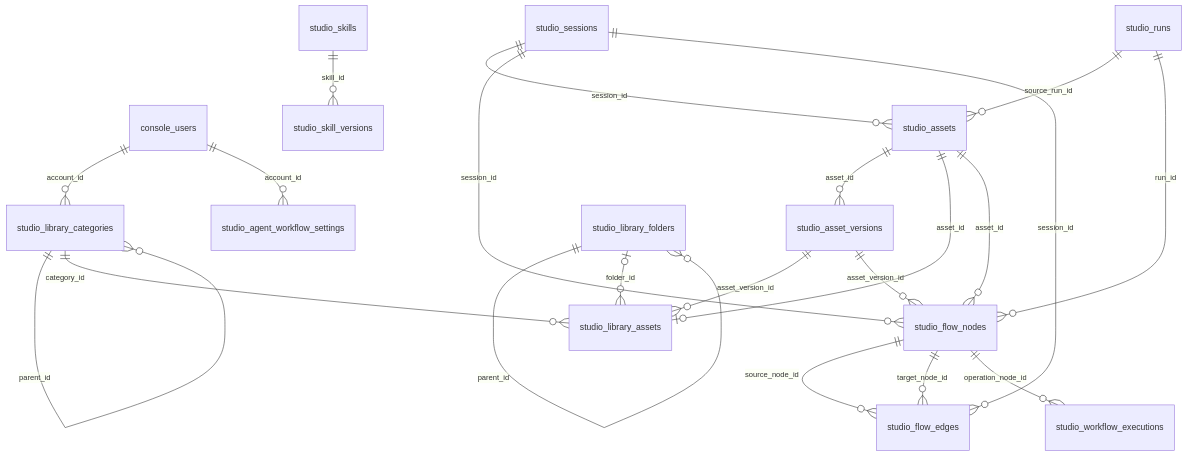
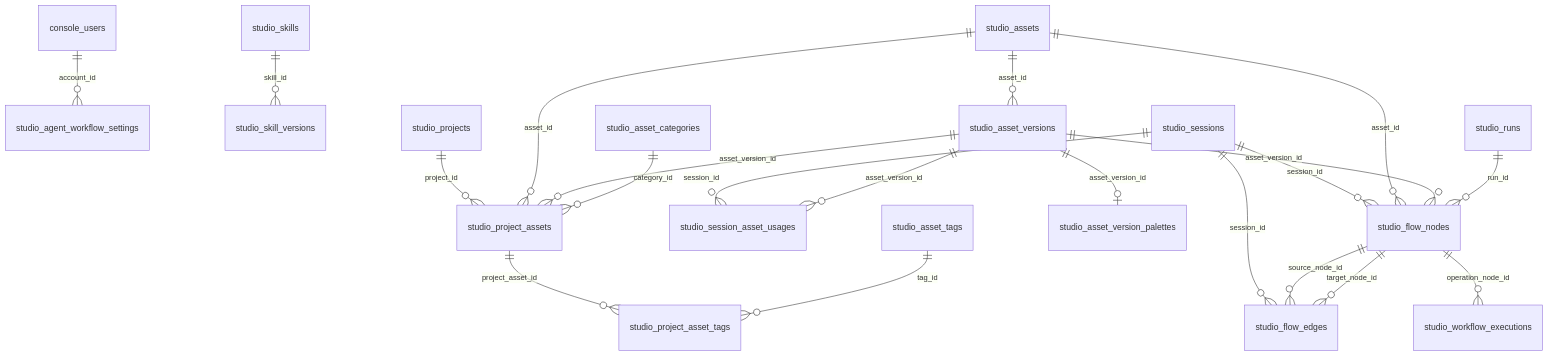
One commit to Mr9esx/Pixoma changed the third of 3 diagrams in docs/database-schema.md. Above: the diagram before and after it, drawn with Mermaid. The commit also changed other lines of this file and 92 other files, not shown here.

Commit message:
feat(studio): rebuild project asset library

````diff
--- a/docs/database-schema.md
+++ b/docs/database-schema.md
@@ -608,23 +644,23 @@
 ```mermaid
 erDiagram
-    console_users ||--o{ studio_library_categories : account_id
     console_users ||--o{ studio_agent_workflow_settings : account_id
     studio_skills ||--o{ studio_skill_versions : skill_id
-    studio_sessions ||--o{ studio_assets : session_id
-    studio_runs ||--o{ studio_assets : source_run_id
     studio_assets ||--o{ studio_asset_versions : asset_id
-    studio_assets ||--o| studio_library_assets : asset_id
-    studio_asset_versions ||--o{ studio_library_assets : asset_version_id
-    studio_library_categories ||--o{ studio_library_categories : parent_id
-    studio_library_folders ||--o{ studio_library_folders : parent_id
-    studio_library_folders o|--o{ studio_library_assets : folder_id
-    studio_library_categories ||--o{ studio_library_assets : category_id
+    studio_projects ||--o{ studio_project_assets : project_id
+    studio_assets ||--o{ studio_project_assets : asset_id
+    studio_asset_versions ||--o{ studio_project_assets : asset_version_id
+    studio_sessions ||--o{ studio_session_asset_usages : session_id
+    studio_asset_versions ||--o{ studio_session_asset_usages : asset_version_id
+    studio_asset_categories ||--o{ studio_project_assets : category_id
+    studio_project_assets ||--o{ studio_project_asset_tags : project_asset_id
+    studio_asset_tags ||--o{ studio_project_asset_tags : tag_id
+    studio_asset_versions ||--o| studio_asset_version_palettes : asset_version_id
     studio_sessions ||--o{ studio_flow_nodes : session_id
     studio_sessions ||--o{ studio_flow_edges : session_id
     studio_assets ||--o{ studio_flow_nodes : asset_id
     studio_asset_versions ||--o{ studio_flow_nodes : asset_version_id
     studio_runs ||--o{ studio_flow_nodes : run_id
     studio_flow_nodes ||--o{ studio_flow_edges : source_node_id
     studio_flow_nodes ||--o{ studio_flow_edges : target_node_id
     studio_flow_nodes ||--o{ studio_workflow_executions : operation_node_id
 ```
````
